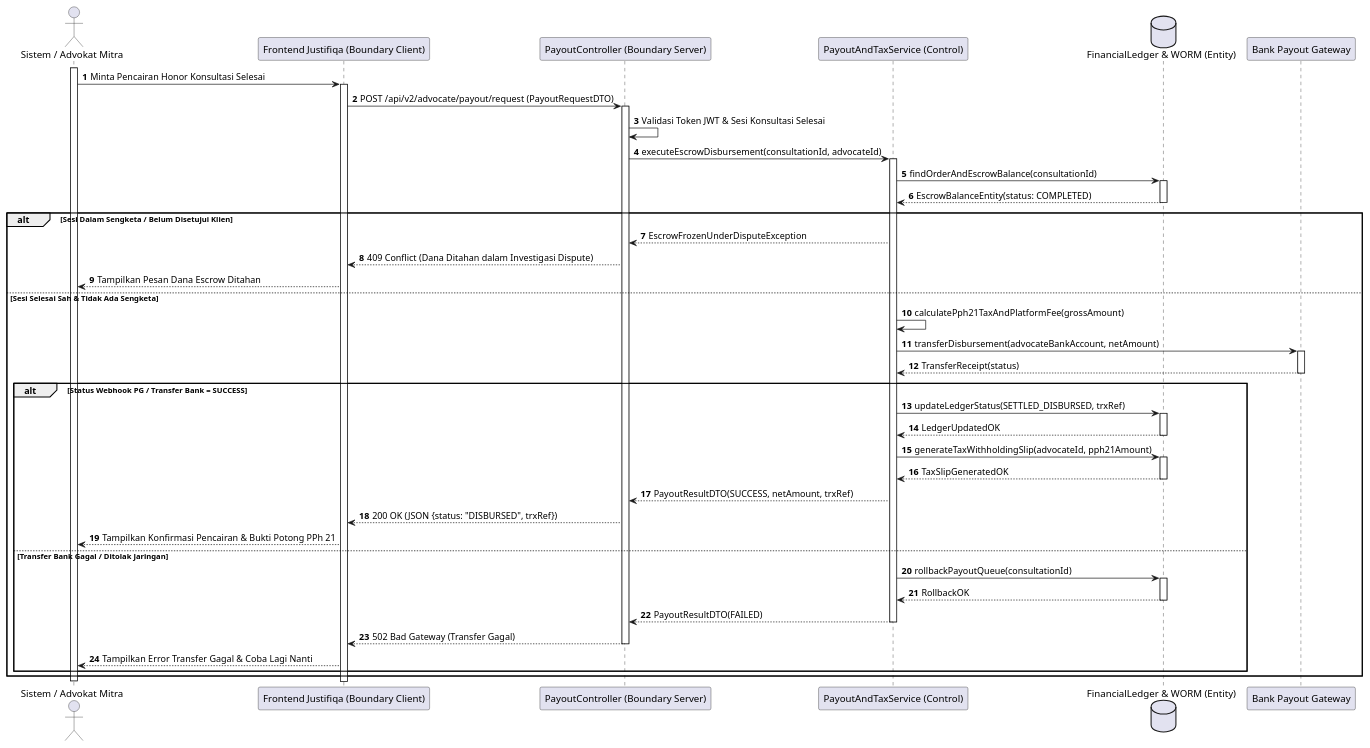
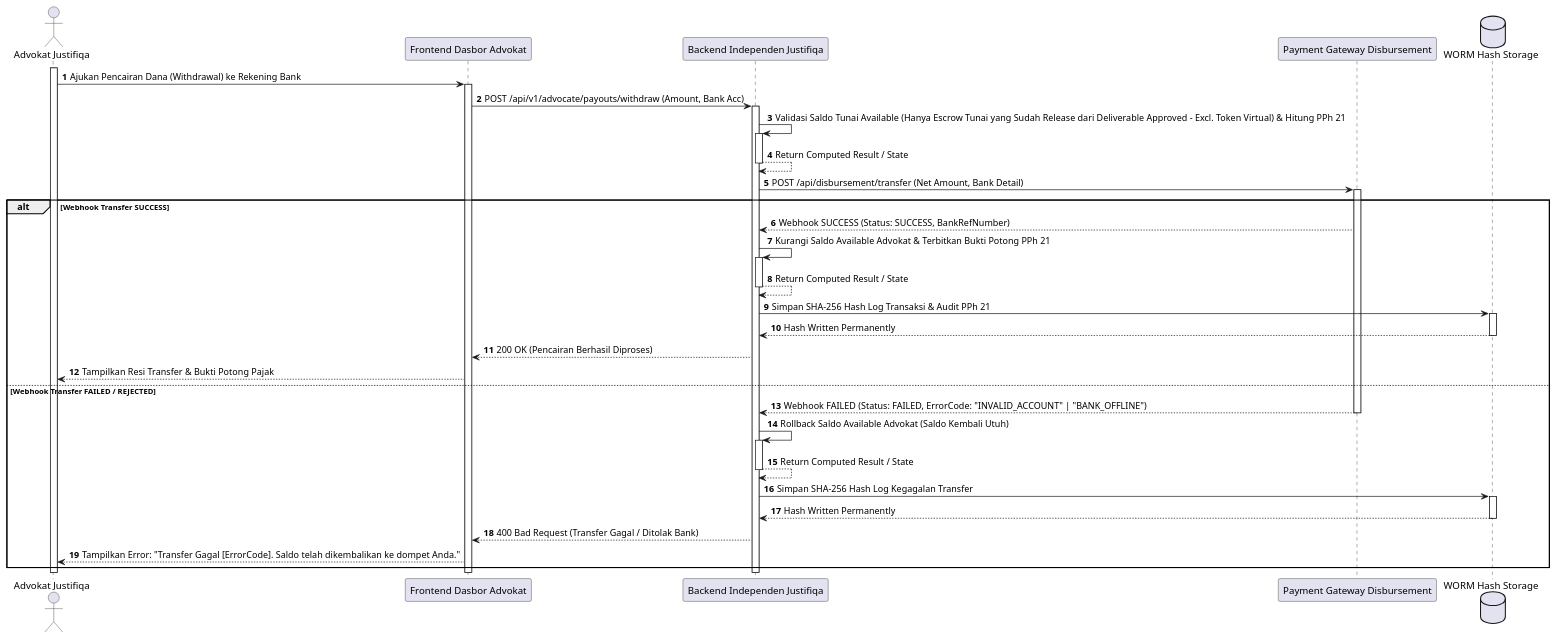
Before and after one commit to tupperwureism/SuperApp-Gagal: diagram 11 of 28 in MarkDown/plantuml_sequence_diagrams.md, drawn with PlantUML. The commit also changed other lines of this file and 3 other files, not shown here.

````diff
--- a/MarkDown/plantuml_sequence_diagrams.md
+++ b/MarkDown/plantuml_sequence_diagrams.md
@@ -706,46 +973,39 @@
 ```plantuml
 @startuml
 autonumber
-actor "Sistem / Advokat Mitra" as User
-participant "Frontend Justifiqa (Boundary Client)" as B_FE
-participant "PayoutController (Boundary Server)" as B_BE
-participant "PayoutAndTaxService (Control)" as C_Svc
-database "FinancialLedger & WORM (Entity)" as E_DB
-participant "Bank Payout Gateway" as Bank
+actor "Advokat Justifiqa" as Mitra
+participant "Frontend Dasbor Advokat" as FE
+participant "Backend Independen Justifiqa" as BE
+participant "Payment Gateway Disbursement" as PG
+database "WORM Hash Storage" as WORM
 
-activate User
-User -> B_FE ++ : Minta Pencairan Honor Konsultasi Selesai
-B_FE -> B_BE ++ : POST /api/v2/advocate/payout/request (PayoutRequestDTO)
-B_BE -> B_BE : Validasi Token JWT & Sesi Konsultasi Selesai
-B_BE -> C_Svc ++ : executeEscrowDisbursement(consultationId, advocateId)
-C_Svc -> E_DB ++ : findOrderAndEscrowBalance(consultationId)
-E_DB --> C_Svc -- : EscrowBalanceEntity(status: COMPLETED)
+activate Mitra
+Mitra -> FE ++ : Ajukan Pencairan Dana (Withdrawal) ke Rekening Bank
+FE -> BE ++ : POST /api/v1/advocate/payouts/withdraw (Amount, Bank Acc)
 
-alt Sesi Dalam Sengketa / Belum Disetujui Klien
-    C_Svc --> B_BE : EscrowFrozenUnderDisputeException
-    B_BE --> B_FE : 409 Conflict (Dana Ditahan dalam Investigasi Dispute)
-    B_FE --> User : Tampilkan Pesan Dana Escrow Ditahan
-else Sesi Selesai Sah & Tidak Ada Sengketa
-    C_Svc -> C_Svc : calculatePph21TaxAndPlatformFee(grossAmount)
-    C_Svc -> Bank ++ : transferDisbursement(advocateBankAccount, netAmount)
-    Bank --> C_Svc -- : TransferReceipt(status)
+BE -> BE ++ : Validasi Saldo Tunai Available (Hanya Escrow Tunai yang Sudah Release dari Deliverable Approved - Excl. Token Virtual) & Hitung PPh 21
+BE --> BE -- : Return Computed Result / State
+BE -> PG ++ : POST /api/disbursement/transfer (Net Amount, Bank Detail)
 
-    alt Status Webhook PG / Transfer Bank = SUCCESS
-        C_Svc -> E_DB ++ : updateLedgerStatus(SETTLED_DISBURSED, trxRef)
-        E_DB --> C_Svc -- : LedgerUpdatedOK
-        C_Svc -> E_DB ++ : generateTaxWithholdingSlip(advocateId, pph21Amount)
-        E_DB --> C_Svc -- : TaxSlipGeneratedOK
-        C_Svc --> B_BE : PayoutResultDTO(SUCCESS, netAmount, trxRef)
-        B_BE --> B_FE : 200 OK (JSON {status: "DISBURSED", trxRef})
-        B_FE --> User : Tampilkan Konfirmasi Pencairan & Bukti Potong PPh 21
-    else Transfer Bank Gagal / Ditolak Jaringan
-        C_Svc -> E_DB ++ : rollbackPayoutQueue(consultationId)
-        E_DB --> C_Svc -- : RollbackOK
-        C_Svc --> B_BE -- : PayoutResultDTO(FAILED)
-        B_BE --> B_FE -- : 502 Bad Gateway (Transfer Gagal)
-        B_FE --> User : Tampilkan Error Transfer Gagal & Coba Lagi Nanti
-    end
+alt Webhook Transfer SUCCESS
+    PG --> BE : Webhook SUCCESS (Status: SUCCESS, BankRefNumber)
+    BE -> BE ++ : Kurangi Saldo Available Advokat & Terbitkan Bukti Potong PPh 21
+    BE --> BE -- : Return Computed Result / State
+    BE -> WORM ++ : Simpan SHA-256 Hash Log Transaksi & Audit PPh 21
+    WORM --> BE -- : Hash Written Permanently
+    BE --> FE : 200 OK (Pencairan Berhasil Diproses)
+    FE --> Mitra : Tampilkan Resi Transfer & Bukti Potong Pajak
+else Webhook Transfer FAILED / REJECTED
+    PG --> BE -- : Webhook FAILED (Status: FAILED, ErrorCode: "INVALID_ACCOUNT" | "BANK_OFFLINE")
+    BE -> BE ++ : Rollback Saldo Available Advokat (Saldo Kembali Utuh)
+    BE --> BE -- : Return Computed Result / State
+    BE -> WORM ++ : Simpan SHA-256 Hash Log Kegagalan Transfer
+    WORM --> BE -- : Hash Written Permanently
+    BE --> FE : 400 Bad Request (Transfer Gagal / Ditolak Bank)
+    FE --> Mitra : Tampilkan Error: "Transfer Gagal [ErrorCode]. Saldo telah dikembalikan ke dompet Anda."
 end
-deactivate User
+deactivate BE
+deactivate FE
+deactivate Mitra
 @enduml
 ```
````
